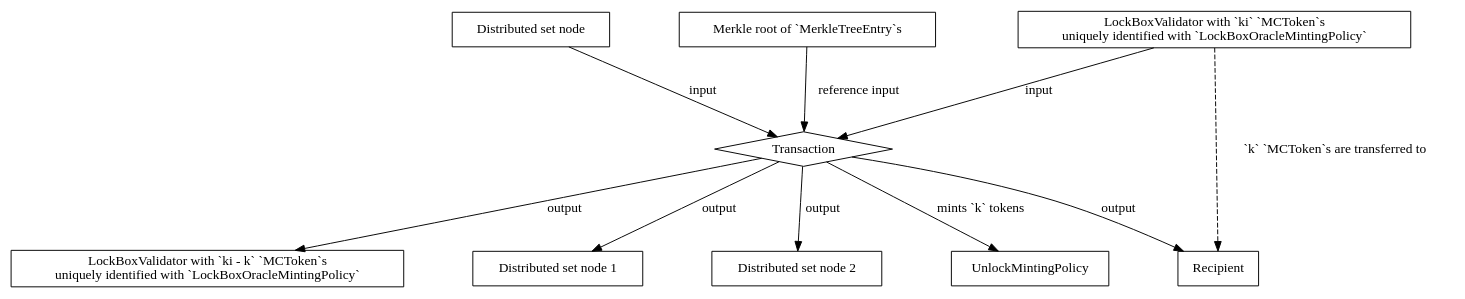
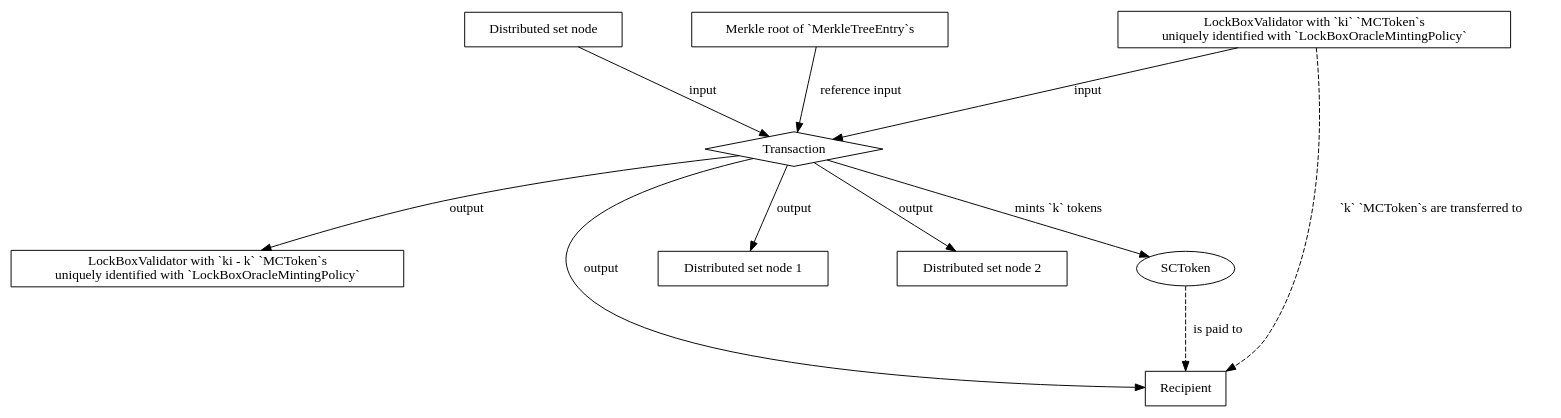
The diagram in docs/SIPs/07-ModularisingTokenHandling/LockBoxValidatorUnlock.dot (input-output-hk/partner-chains-smart-contracts), drawn with Graphviz before and after one commit. The commit also changed 6 other files, not shown here.

```diff
--- a/docs/SIPs/07-ModularisingTokenHandling/LockBoxValidatorUnlock.dot
+++ b/docs/SIPs/07-ModularisingTokenHandling/LockBoxValidatorUnlock.dot
@@ -1,27 +1,28 @@
 strict digraph {
   node [shape=record]
   graph [nodesep="1", ranksep="1"]
 
   DistributedSetNode [ label = "Distributed set node"];
   MerkleRoot [ label = "Merkle root of `MerkleTreeEntry`s"];
   LockBoxValidator1 [ label = "LockBoxValidator with `ki` `MCToken`s\nuniquely identified with `LockBoxOracleMintingPolicy`"];
   Transaction [ shape=diamond ];
-  UnlockMintingPolicy;
+  SCToken [shape = ellipse ];
   LockBoxValidator2 [ label = "LockBoxValidator with `ki - k` `MCToken`s\nuniquely identified with `LockBoxOracleMintingPolicy`"];
   Recipient [ label = "Recipient" ] ;
   DistributedSetNode1 [ label = "Distributed set node 1"];
   DistributedSetNode2 [ label = "Distributed set node 2"];
 
   LockBoxValidator1 -> Transaction [ label = "input" ];
   LockBoxValidator1 -> Recipient [ label = "`k` `MCToken`s are transferred to", style=dashed ];
   Transaction -> LockBoxValidator2 [ label = "output" ];
 
   DistributedSetNode -> Transaction [ label = "input" ];
   MerkleRoot -> Transaction [ label = "reference input" ];
   Transaction -> DistributedSetNode1 [ label = "output" ];
   Transaction -> DistributedSetNode2 [ label = "output" ];
-  Transaction -> UnlockMintingPolicy [ label = "mints `k` tokens" ];
+  Transaction -> SCToken [ label = "mints `k` tokens" ];
+  SCToken -> Recipient [ label = "is paid to", style=dashed ];
   Transaction -> Recipient [ label = "output" ];
 
-  // UnlockMintingPolicy -> Recipient [ label = "is paid to", style=dashed ];
+  // SCToken -> Recipient [ label = "is paid to", style=dashed ];
 }
```
